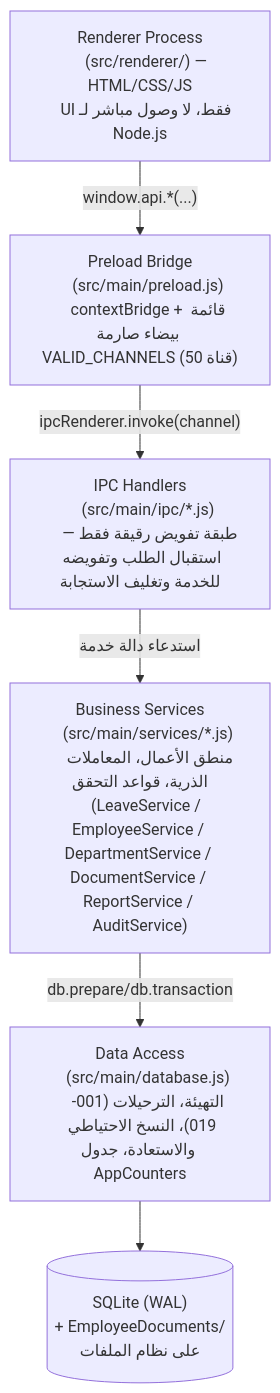
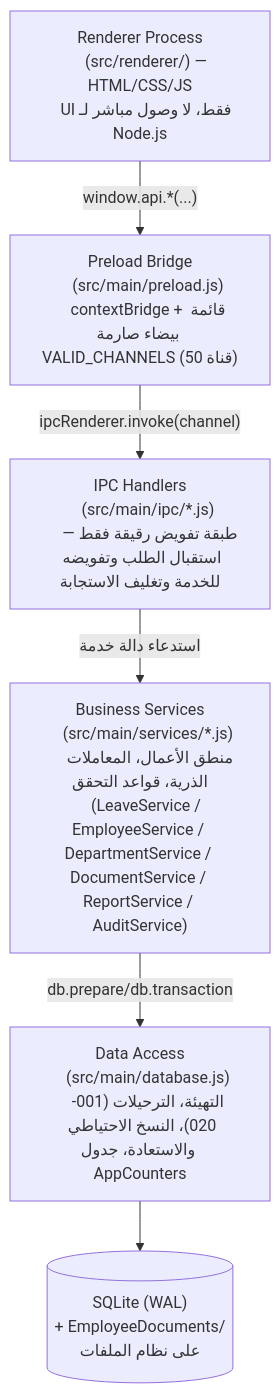
The first of 3 diagrams in docs/ARCHITECTURE.md (sajadmssa/Holidays), drawn with Mermaid before and after one commit. The commit also changed 5 other files, not shown here.

Commit message:
docs: reconcile schema definitions, seed departments, and migration range up to 020

````diff
--- a/docs/ARCHITECTURE.md
+++ b/docs/ARCHITECTURE.md
@@ -30,28 +30,28 @@
 ```mermaid
 flowchart TD
     A["Renderer Process
     (src/renderer/) — HTML/CSS/JS
     UI فقط، لا وصول مباشر لـ Node.js"]
     B["Preload Bridge
     (src/main/preload.js)
     contextBridge + قائمة بيضاء صارمة VALID_CHANNELS (50 قناة)"]
     C["IPC Handlers
     (src/main/ipc/*.js)
     طبقة تفويض رقيقة فقط — استقبال الطلب وتفويضه للخدمة وتغليف الاستجابة"]
     D["Business Services
     (src/main/services/*.js)
     منطق الأعمال، المعاملات الذرية، قواعد التحقق
     (LeaveService / EmployeeService / DepartmentService / DocumentService / ReportService / AuditService)"]
     E["Data Access
     (src/main/database.js)
-    التهيئة، الترحيلات (001-019)، النسخ الاحتياطي والاستعادة، جدول AppCounters"]
+    التهيئة، الترحيلات (001-020)، النسخ الاحتياطي والاستعادة، جدول AppCounters"]
     F[("SQLite (WAL)
     + EmployeeDocuments/
     على نظام الملفات")]
 
     A -->|"window.api.*(...)"| B
     B -->|"ipcRenderer.invoke(channel)"| C
     C -->|"استدعاء دالة خدمة"| D
     D -->|"db.prepare/db.transaction"| E
     E --> F
 ```
````
